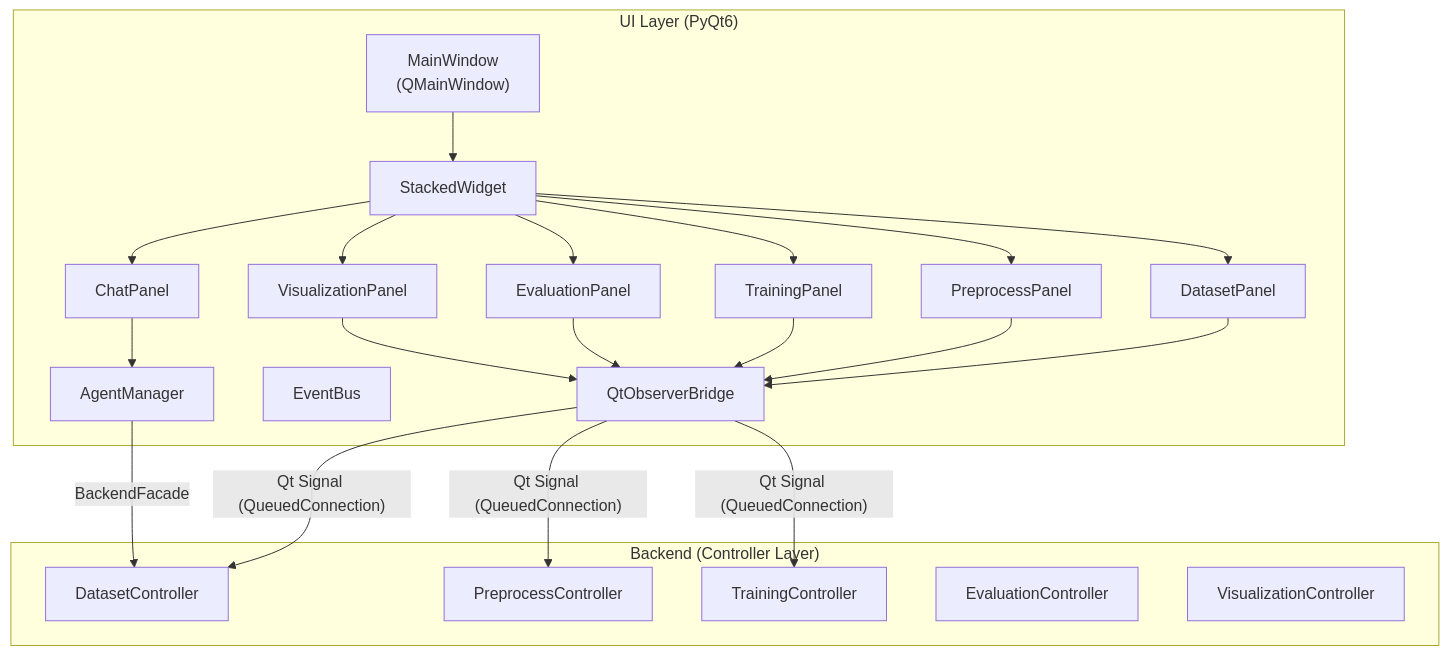
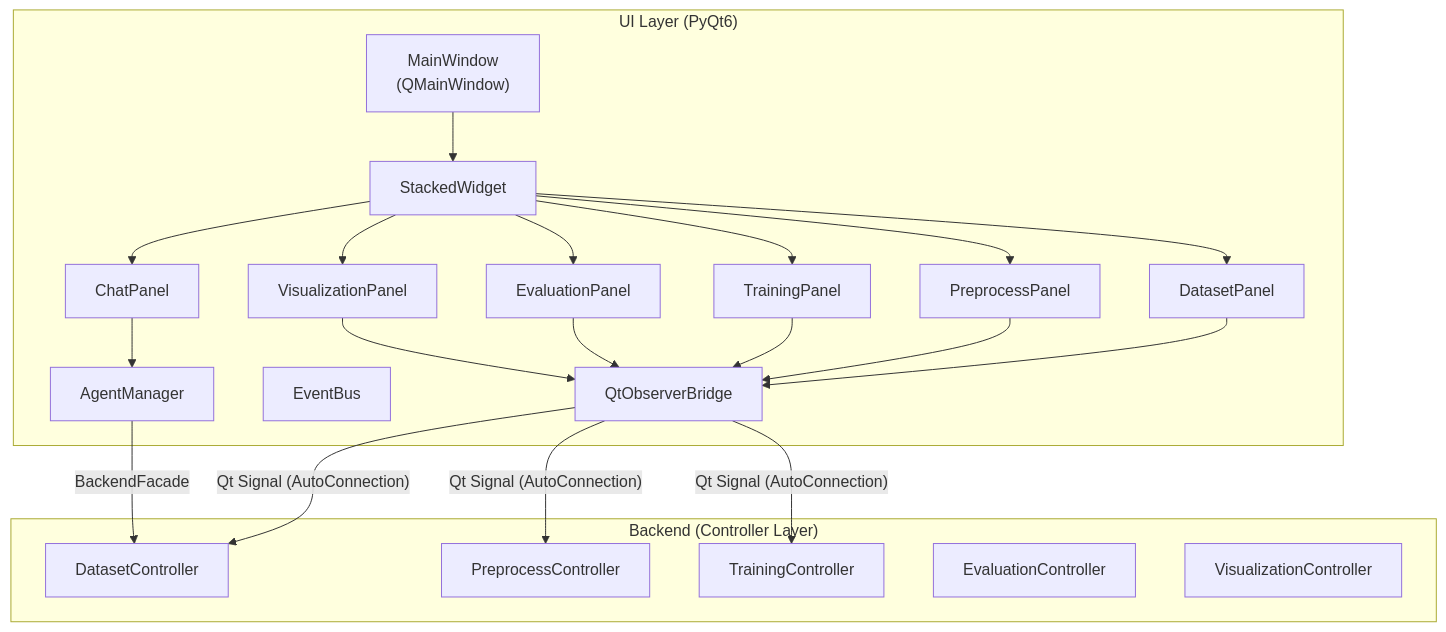
The diagram in documentation/ui/ARCHITECTURE_2_0.md (hxin-an/XBrainLab), drawn with Mermaid before and after one commit. The commit also changed other lines of this file and 4 other files, not shown here.

````diff
--- a/documentation/ui/ARCHITECTURE_2_0.md
+++ b/documentation/ui/ARCHITECTURE_2_0.md
@@ -19,39 +19,39 @@
 ```mermaid
 graph TD
     subgraph UI ["UI Layer (PyQt6)"]
         MW["MainWindow<br/>(QMainWindow)"]
         SW["StackedWidget"]
 
         DP["DatasetPanel"]
         PP["PreprocessPanel"]
         TP["TrainingPanel"]
         EP["EvaluationPanel"]
         VP["VisualizationPanel"]
         CP["ChatPanel"]
 
         OB["QtObserverBridge"]
         EB["EventBus"]
         AM["AgentManager"]
     end
 
     subgraph Backend ["Backend (Controller Layer)"]
         DC["DatasetController"]
         PC["PreprocessController"]
         TC["TrainingController"]
         EC["EvaluationController"]
         VC["VisualizationController"]
     end
 
     MW --> SW
     SW --> DP & PP & TP & EP & VP & CP
 
     DP --> OB
     PP --> OB
     TP --> OB
     EP --> OB
     VP --> OB
     CP --> AM
 
-    OB -->|"Qt Signal (QueuedConnection)"| DC & PC & TC
+    OB -->|"Qt Signal (AutoConnection)"| DC & PC & TC
     AM -->|"BackendFacade"| DC
 ```
````
